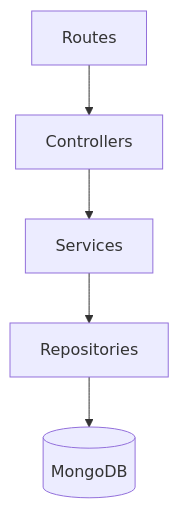
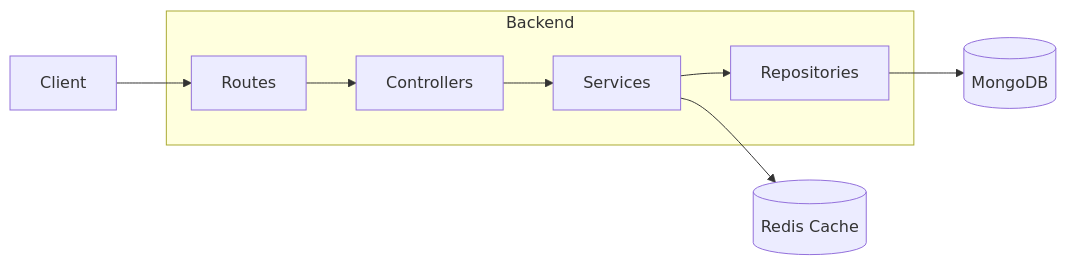
Before and after one commit to anwarbuilds1/snaplink: the diagram in README.md, drawn with Mermaid.

Commit message:
Fix markdown formatting in README
Removed unnecessary markdown syntax from README.

````diff
--- a/README.md
+++ b/README.md
@@ -194,7 +45,18 @@
 ```mermaid
-flowchart TD
-  A[Routes] --> B[Controllers]
-  B --> C[Services]
-  C --> D[Repositories]
-  D --> E[(MongoDB)]
+flowchart LR
+Client[Client]
+subgraph Backend
+Routes
+Controllers
+Services
+Repositories
+end
+Redis[(Redis Cache)]
+Mongo[(MongoDB)]
+Client --> Routes
+Routes --> Controllers
+Controllers --> Services
+Services --> Repositories
+Services --> Redis
+Repositories --> Mongo
 ```
````
